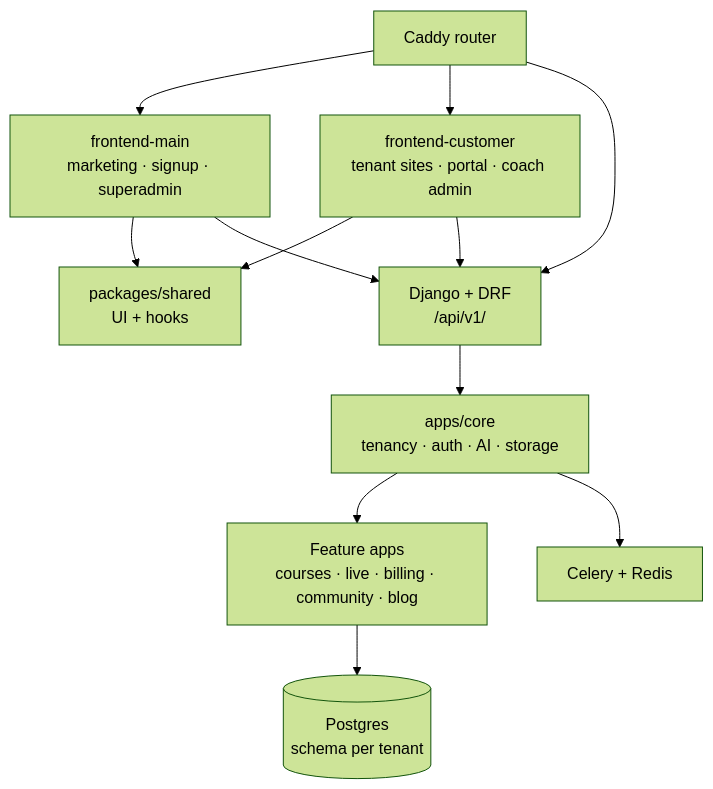
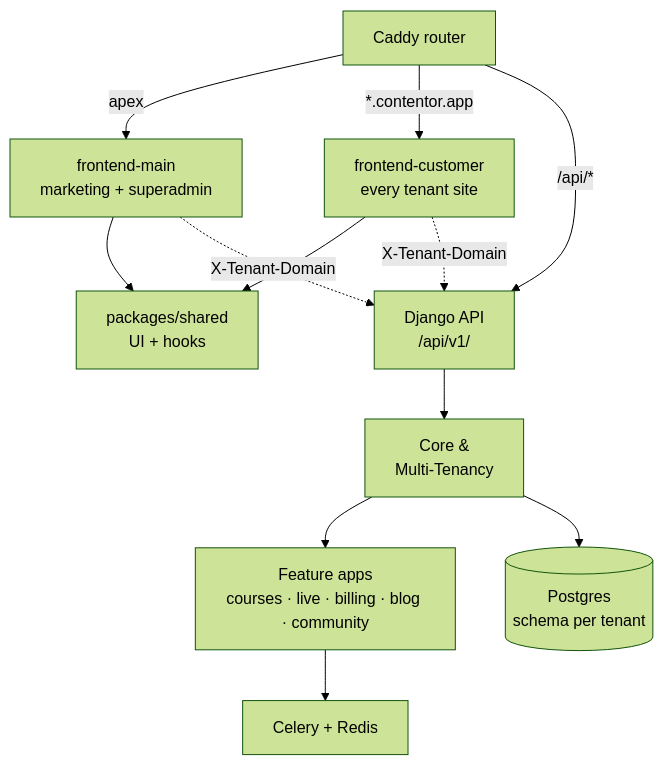
Before and after one commit to tahayusufkomur/contentor: the diagram in docs/wiki/overview.md, drawn with Mermaid (forest theme). The commit also changed other lines of this file and 9 other files, not shown here.

````diff
--- a/docs/wiki/overview.md
+++ b/docs/wiki/overview.md
@@ -11,18 +21,24 @@
 ```mermaid
 graph TD
     Caddy[Caddy router]
-    Main[frontend-main<br/>marketing · signup · superadmin]
-    Cust[frontend-customer<br/>tenant sites · portal · coach admin]
+    Main[frontend-main<br/>marketing + superadmin]
+    Customer[frontend-customer<br/>every tenant site]
     Shared[packages/shared<br/>UI + hooks]
-    API[Django + DRF<br/>/api/v1/]
-    Core[apps/core<br/>tenancy · auth · AI · storage]
-    Feat[Feature apps<br/>courses · live · billing · community · blog]
+    Django[Django API<br/>/api/v1/]
+    Core[Core &<br/>Multi-Tenancy]
+    Feature[Feature apps<br/>courses · live · billing · blog · community]
     PG[(Postgres<br/>schema per tenant)]
     Celery[Celery + Redis]
 
-    Caddy --> Main & Cust & API
-    Main & Cust --> Shared
-    Main & Cust --> API
-    API --> Core --> Feat --> PG
-    Core --> Celery
+    Caddy -->|apex| Main
+    Caddy -->|"*.contentor.app"| Customer
+    Caddy -->|/api/*| Django
+    Main --> Shared
+    Customer --> Shared
+    Main -.->|X-Tenant-Domain| Django
+    Customer -.->|X-Tenant-Domain| Django
+    Django --> Core
+    Core --> Feature
+    Core --> PG
+    Feature --> Celery
 ```
````
